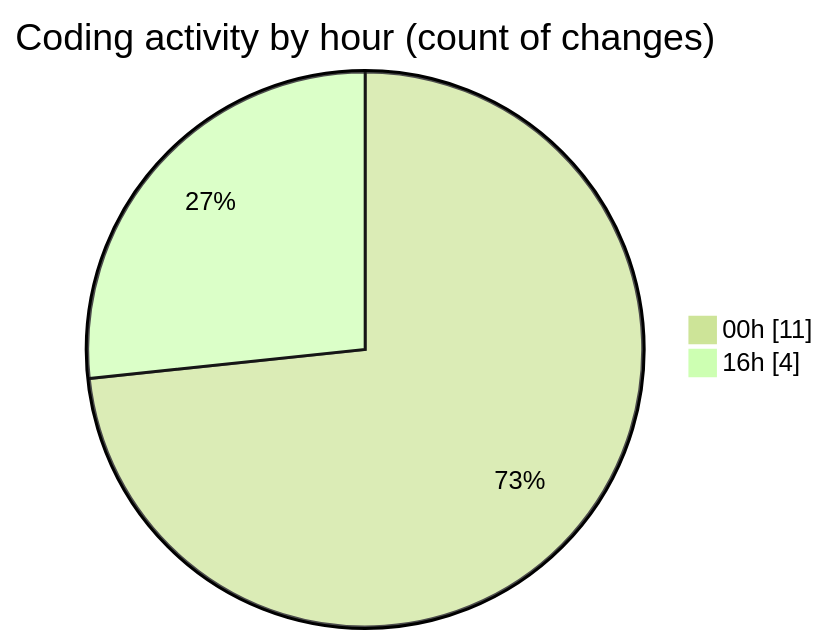
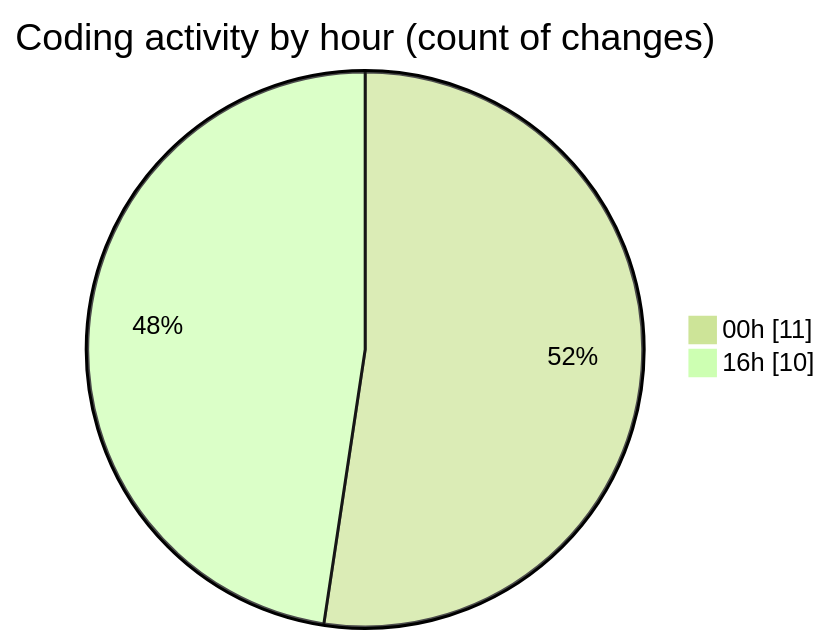
One commit to julien-gomy/code-tracking changed the second of 2 diagrams in 2025-11-26/eventscop-api-guide__workspace_/README.md. Above: the diagram before and after it, drawn with Mermaid (forest theme). The commit also changed other lines of this file and 1 other file, not shown here.

````diff
--- a/2025-11-26/eventscop-api-guide__workspace_/README.md
+++ b/2025-11-26/eventscop-api-guide__workspace_/README.md
@@ -31,6 +33,6 @@
 ```mermaid
 pie showData
 title Coding activity by hour (count of changes)
 "00h" : 11
-"16h" : 4
+"16h" : 10
 ```
````
